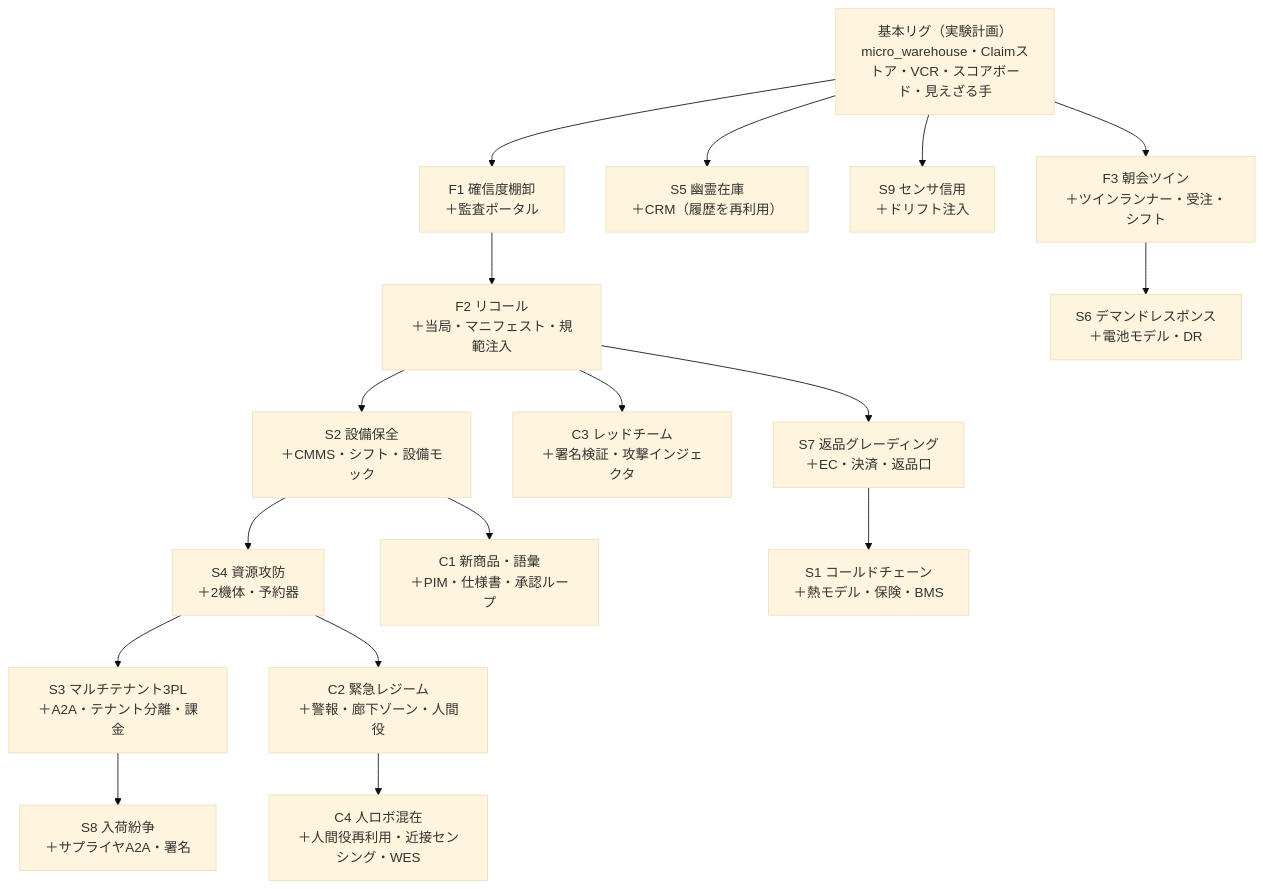
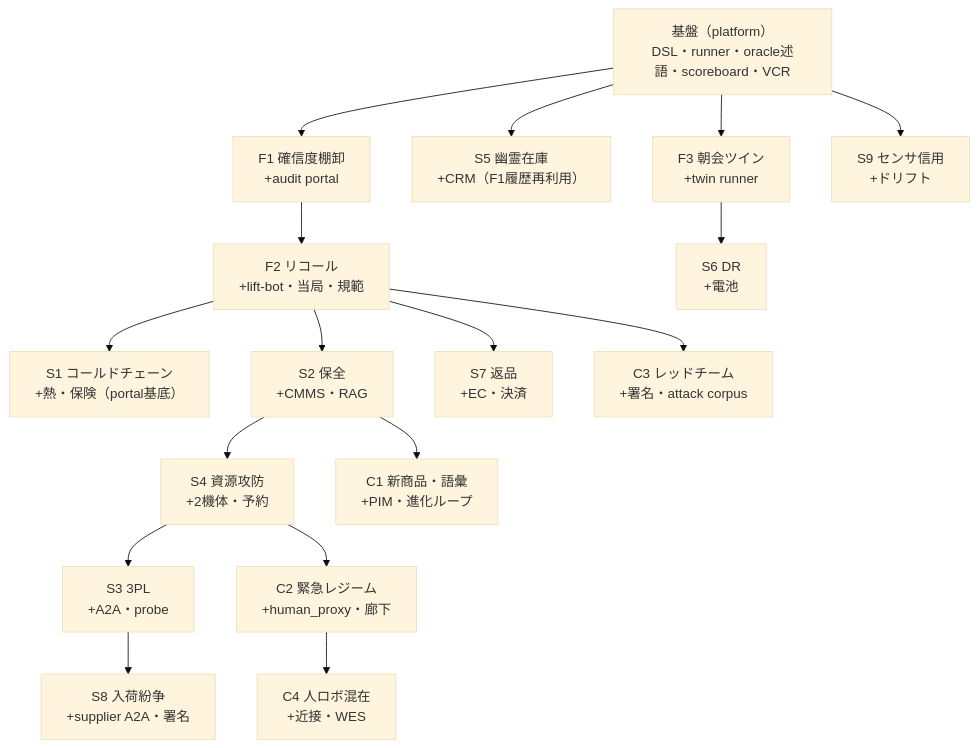
One commit to shibuiwilliam/robotics-experiments changed the diagram in Musubi/SCENARIOS.md. Above: the diagram before and after it, drawn with Mermaid (base theme). The commit also changed other lines of this file and 24 other files, not shown here.

````diff
--- a/Musubi/SCENARIOS.md
+++ b/Musubi/SCENARIOS.md
@@ -348,20 +450,21 @@
 ```mermaid
 flowchart TD
-    BASE["基本リグ（実験計画）<br/>micro_warehouse・Claimストア・VCR・スコアボード・見えざる手"]
-    BASE --> F1["F1 確信度棚卸<br/>＋監査ポータル"]
-    BASE --> S5["S5 幽霊在庫<br/>＋CRM（履歴を再利用）"]
-    BASE --> S9["S9 センサ信用<br/>＋ドリフト注入"]
-    BASE --> F3["F3 朝会ツイン<br/>＋ツインランナー・受注・シフト"]
-    F1 --> F2["F2 リコール<br/>＋当局・マニフェスト・規範注入"]
-    F2 --> S2["S2 設備保全<br/>＋CMMS・シフト・設備モック"]
-    F2 --> C3["C3 レッドチーム<br/>＋署名検証・攻撃インジェクタ"]
-    F2 --> S7["S7 返品グレーディング<br/>＋EC・決済・返品口"]
-    S2 --> S4["S4 資源攻防<br/>＋2機体・予約器"]
-    S2 --> C1["C1 新商品・語彙<br/>＋PIM・仕様書・承認ループ"]
-    S4 --> S3["S3 マルチテナント3PL<br/>＋A2A・テナント分離・課金"]
-    S3 --> S8["S8 入荷紛争<br/>＋サプライヤA2A・署名"]
-    S7 --> S1["S1 コールドチェーン<br/>＋熱モデル・保険・BMS"]
-    F3 --> S6["S6 デマンドレスポンス<br/>＋電池モデル・DR"]
-    S4 --> C2["C2 緊急レジーム<br/>＋警報・廊下ゾーン・人間役"]
-    C2 --> C4["C4 人ロボ混在<br/>＋人間役再利用・近接センシング・WES"]
+    BASE["基盤（platform）<br/>DSL・runner・oracle述語・scoreboard・VCR"]
+    BASE --> F1["F1 確信度棚卸<br/>+audit portal"]
+    BASE --> S5["S5 幽霊在庫<br/>+CRM（F1履歴再利用）"]
+    BASE --> F3["F3 朝会ツイン<br/>+twin runner"]
+    F1 --> F2["F2 リコール<br/>+lift-bot・当局・規範"]
+    F2 --> S1["S1 コールドチェーン<br/>+熱・保険（portal基底）"]
+    F2 --> S2["S2 保全<br/>+CMMS・RAG"]
+    F2 --> S7["S7 返品<br/>+EC・決済"]
+    F2 --> C3["C3 レッドチーム<br/>+署名・attack corpus"]
+    S2 --> S4["S4 資源攻防<br/>+2機体・予約"]
+    S4 --> S3["S3 3PL<br/>+A2A・probe"]
+    S3 --> S8["S8 入荷紛争<br/>+supplier A2A・署名"]
+    F3 --> S6["S6 DR<br/>+電池"]
+    S4 --> C2["C2 緊急レジーム<br/>+human_proxy・廊下"]
+    C2 --> C4["C4 人ロボ混在<br/>+近接・WES"]
+    S2 --> C1["C1 新商品・語彙<br/>+PIM・進化ループ"]
+    S9["S9 センサ信用<br/>+ドリフト"]
+    BASE --> S9
 ```
````
